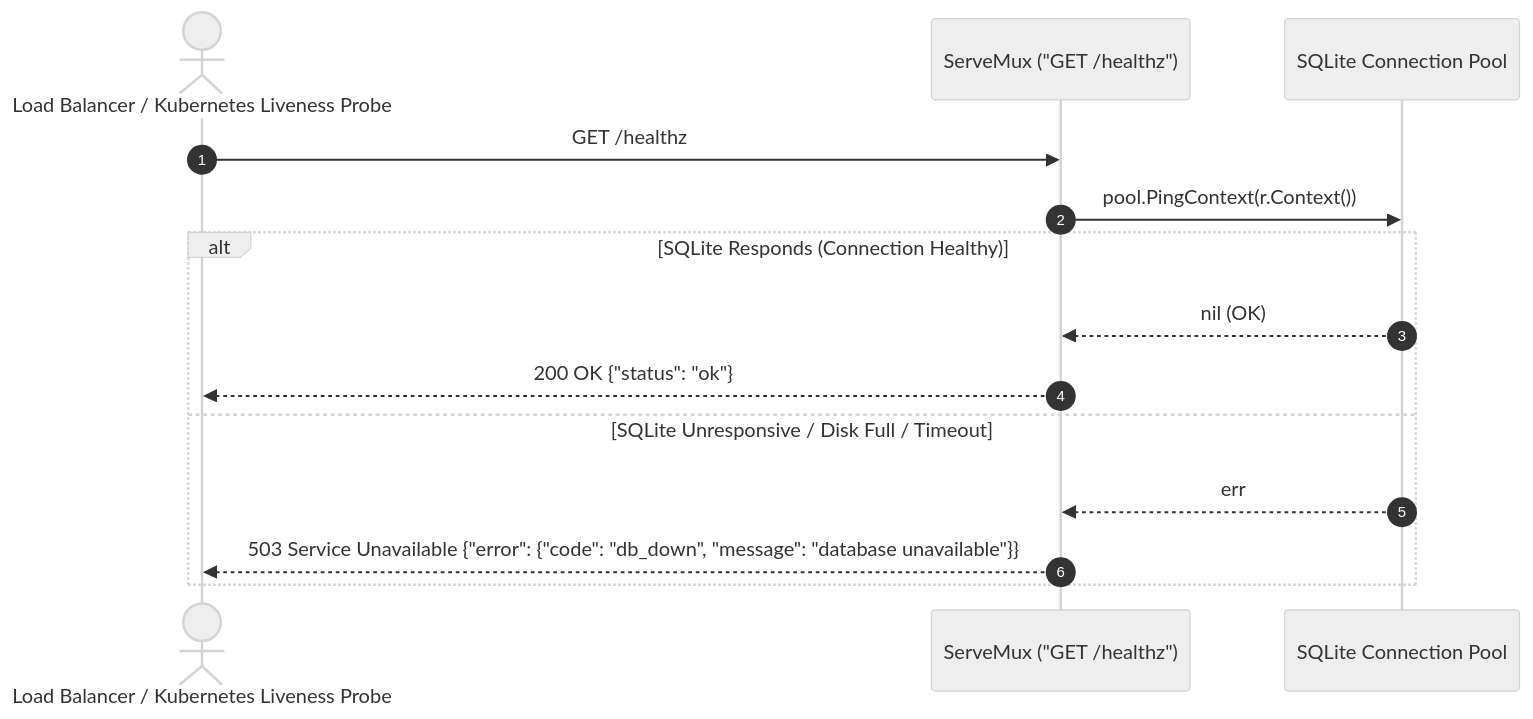
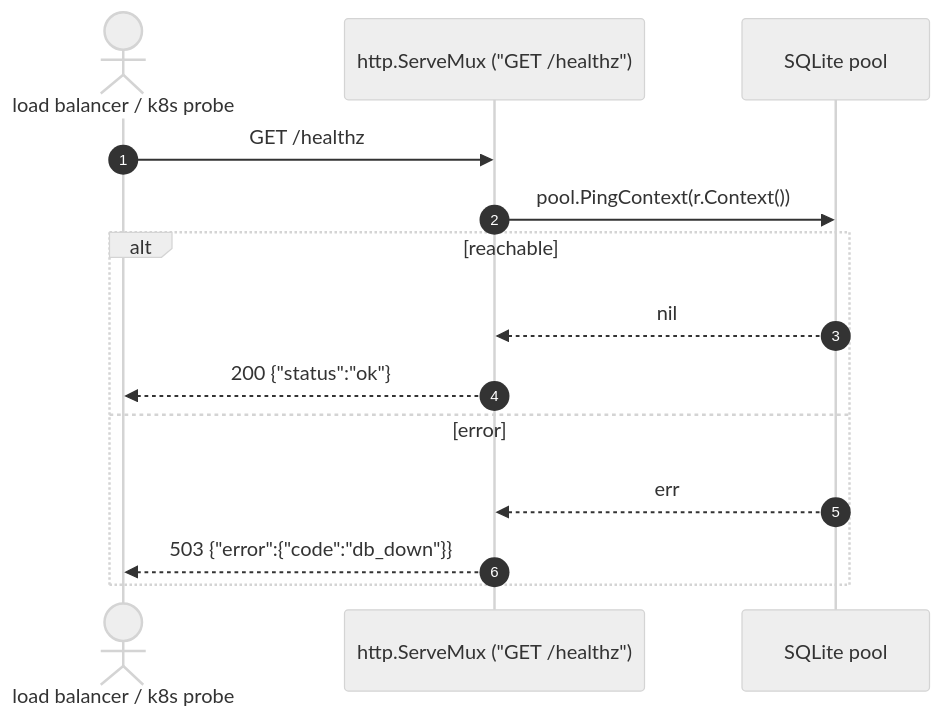
The diagram in resources/flow/system_healthz.md (nhhthong/godocs), drawn with Mermaid (neutral theme) before and after one commit. The commit also changed other lines of this file and 28 other files, not shown here.

````diff
--- a/resources/flow/system_healthz.md
+++ b/resources/flow/system_healthz.md
@@ -37,18 +32,17 @@
 ```mermaid
 sequenceDiagram
     autonumber
-    actor Probe as Load Balancer / Kubernetes Liveness Probe
-    participant Mux as ServeMux ("GET /healthz")
-    participant DB as SQLite Connection Pool
+    actor Probe as load balancer / k8s probe
+    participant Mux as http.ServeMux ("GET /healthz")
+    participant DB as SQLite pool
 
     Probe->>Mux: GET /healthz
     Mux->>DB: pool.PingContext(r.Context())
-    
-    alt SQLite Responds (Connection Healthy)
-        DB-->>Mux: nil (OK)
-        Mux-->>Probe: 200 OK {"status": "ok"}
-    else SQLite Unresponsive / Disk Full / Timeout
+    alt reachable
+        DB-->>Mux: nil
+        Mux-->>Probe: 200 {"status":"ok"}
+    else error
         DB-->>Mux: err
-        Mux-->>Probe: 503 Service Unavailable {"error": {"code": "db_down", "message": "database unavailable"}}
+        Mux-->>Probe: 503 {"error":{"code":"db_down"}}
     end
 ```
````
